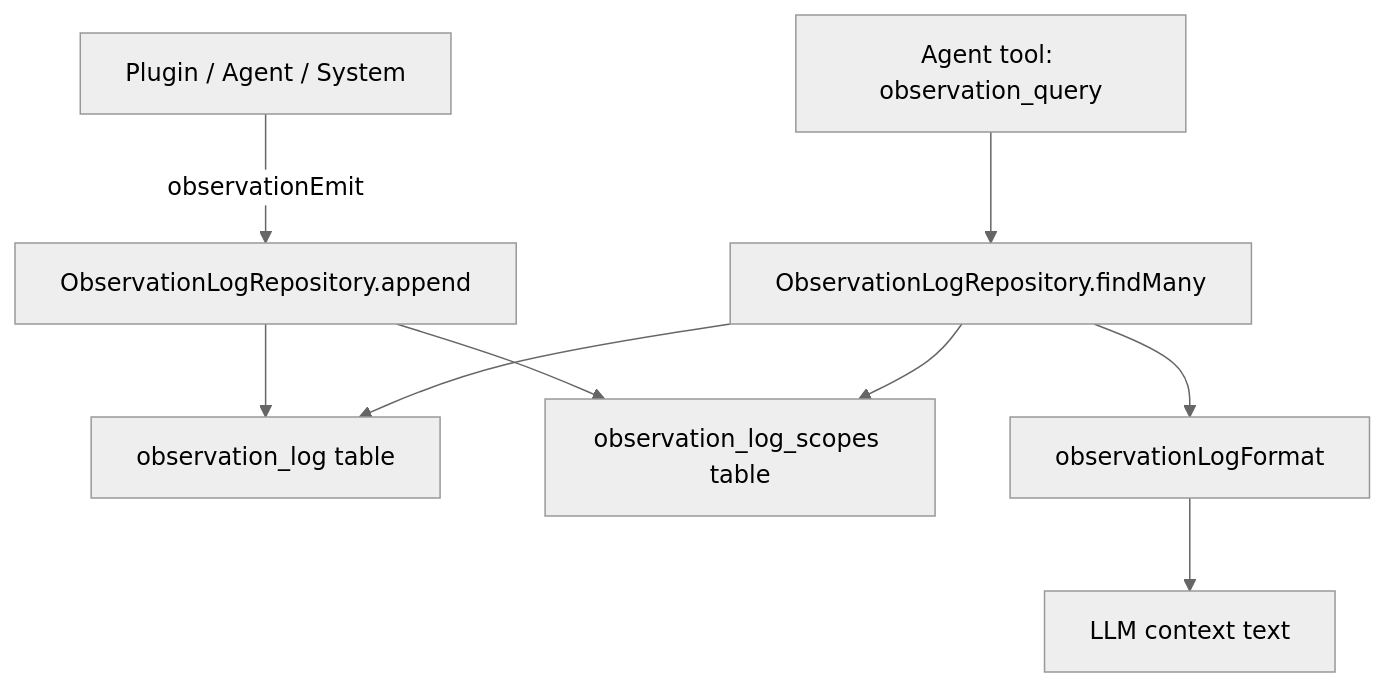
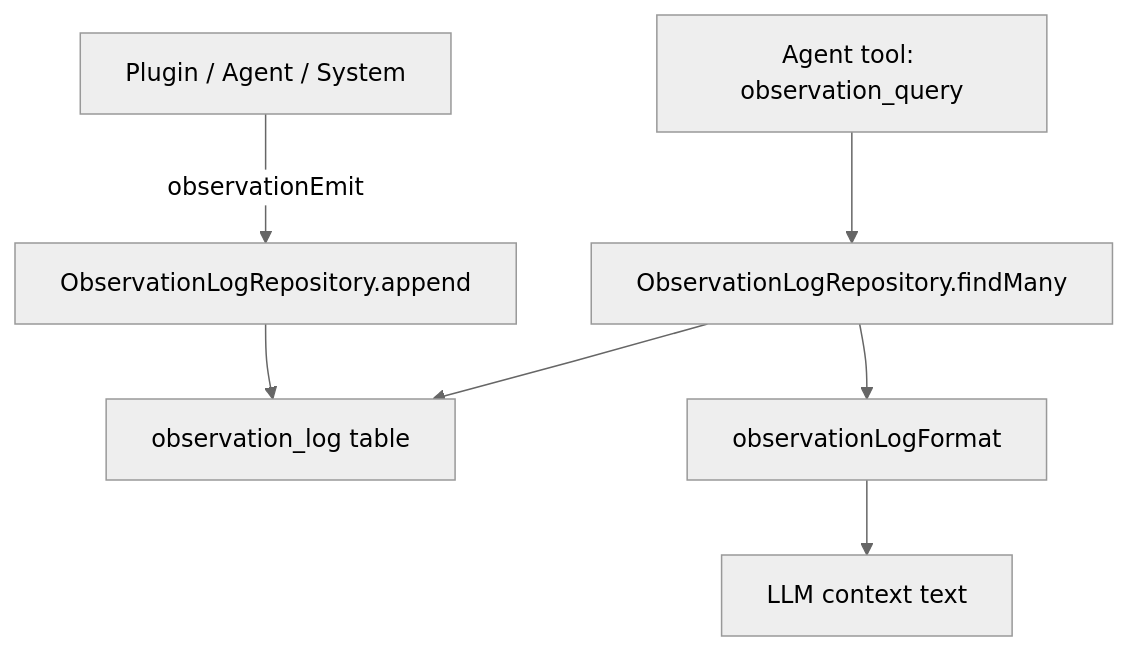
Before and after one commit to ex3ndr/daycare: the diagram in packages/daycare/sources/engine/observations/README.md, drawn with Mermaid (neutral theme). The commit also changed other lines of this file and 3 other files, not shown here.

````diff
--- a/packages/daycare/sources/engine/observations/README.md
+++ b/packages/daycare/sources/engine/observations/README.md
@@ -55,11 +55,9 @@
 ```mermaid
 graph TD
     A[Plugin / Agent / System] -->|observationEmit| B[ObservationLogRepository.append]
     B --> C[observation_log table]
-    B --> D[observation_log_scopes table]
     E[Agent tool: observation_query] --> F[ObservationLogRepository.findMany]
     F --> C
-    F --> D
     F --> G[observationLogFormat]
     G --> H[LLM context text]
 ```
````
